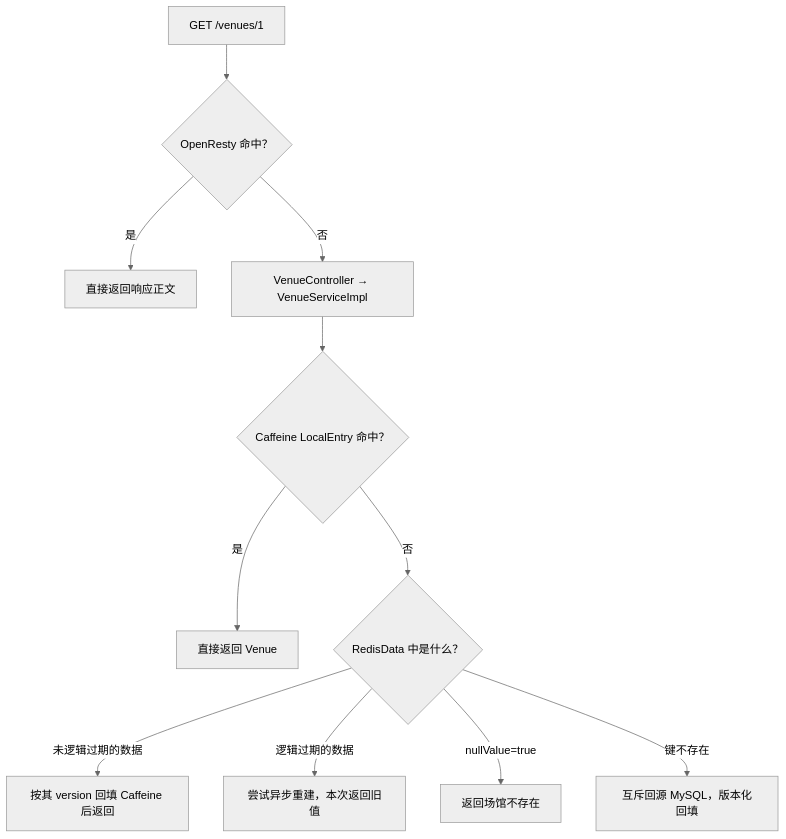
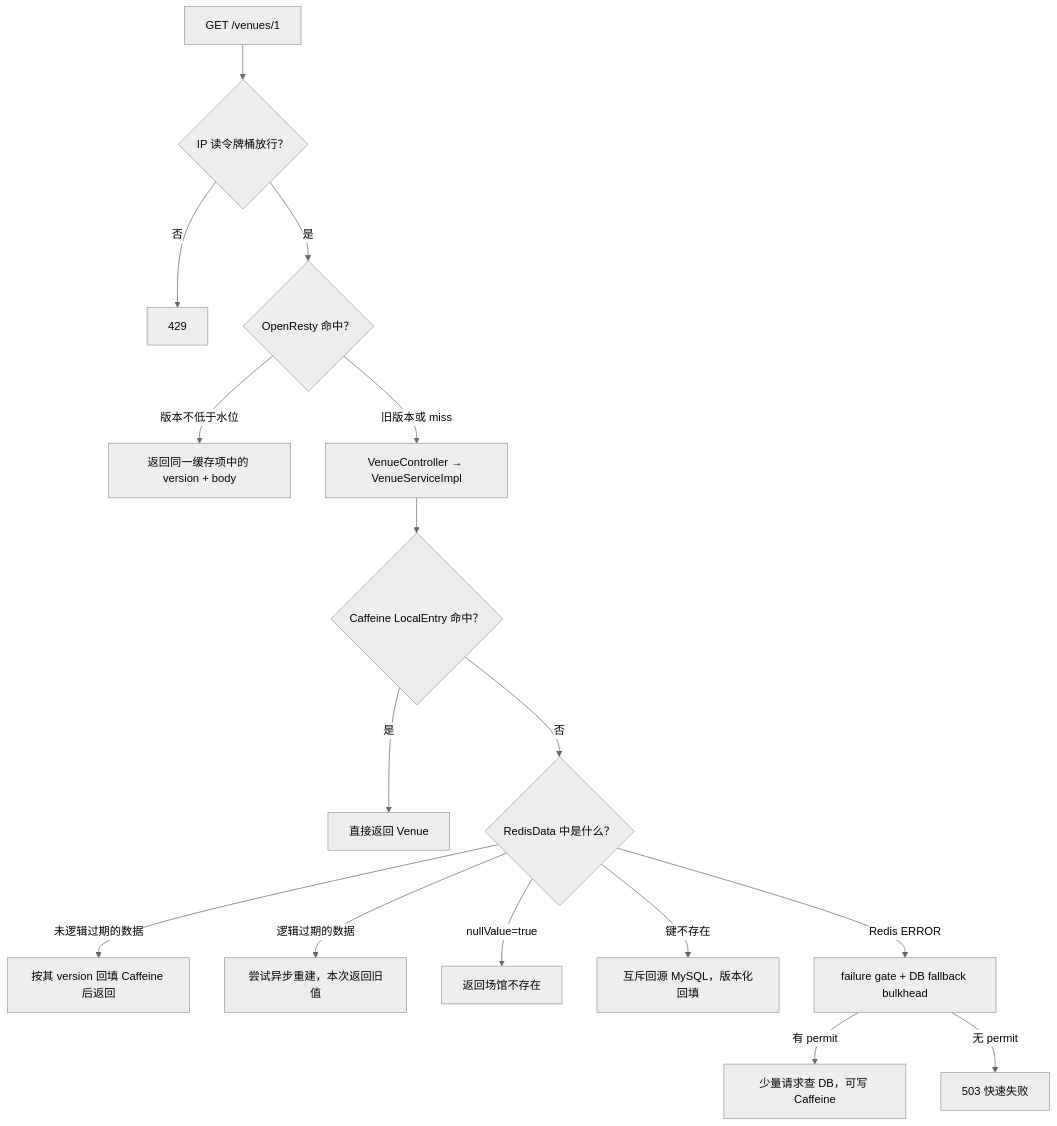
Before and after one commit to SyH-101/citypass-platform: the seventh of 14 diagrams in 04-最终一致性与缓存治理.md, drawn with Mermaid (neutral theme). The commit also changed other lines of this file and 27 other files, not shown here.

````diff
--- a/04-最终一致性与缓存治理.md
+++ b/04-最终一致性与缓存治理.md
@@ -716,13 +725,18 @@
 ```mermaid
 flowchart TD
-    U["GET /venues/1"] --> G{"OpenResty 命中？"}
-    G -->|是| A["直接返回响应正文"]
-    G -->|否| J["VenueController → VenueServiceImpl"]
+    U["GET /venues/1"] --> RL{"IP 读令牌桶放行？"}
+    RL -->|否| X["429"]
+    RL -->|是| G{"OpenResty 命中？"}
+    G -->|版本不低于水位| A["返回同一缓存项中的 version + body"]
+    G -->|旧版本或 miss| J["VenueController → VenueServiceImpl"]
     J --> L{"Caffeine LocalEntry 命中？"}
     L -->|是| B["直接返回 Venue"]
     L -->|否| R{"RedisData 中是什么？"}
     R -->|未逻辑过期的数据| C["按其 version 回填 Caffeine 后返回"]
     R -->|逻辑过期的数据| D["尝试异步重建，本次返回旧值"]
     R -->|nullValue=true| E["返回场馆不存在"]
     R -->|键不存在| F["互斥回源 MySQL，版本化回填"]
+    R -->|Redis ERROR| H["failure gate + DB fallback bulkhead"]
+    H -->|有 permit| I["少量请求查 DB，可写 Caffeine"]
+    H -->|无 permit| K["503 快速失败"]
 ```
````
